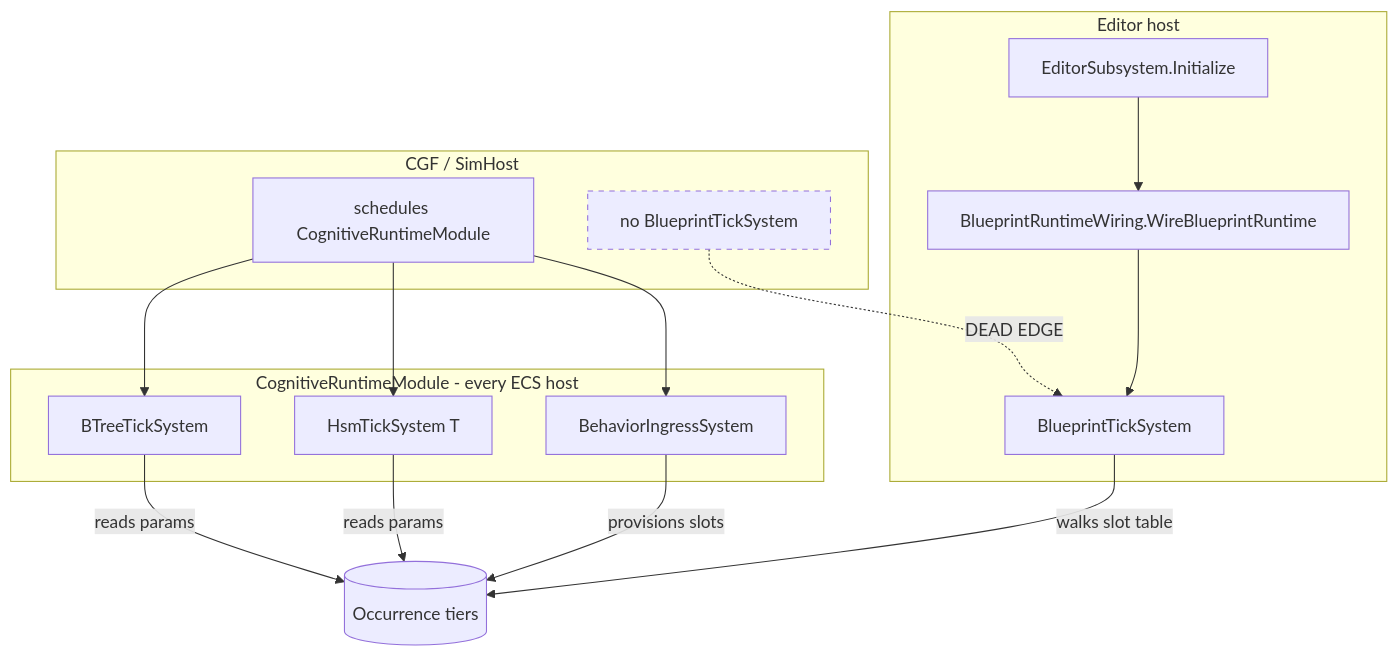
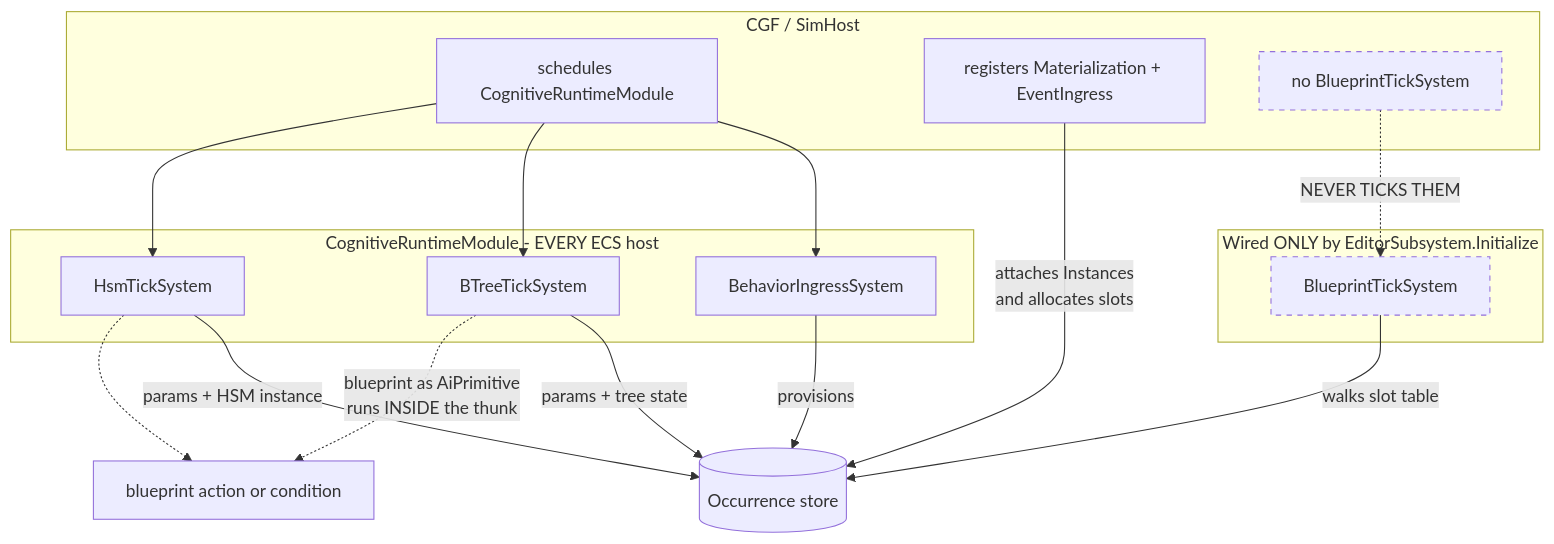
Before and after one commit to pjanec/HROT: the second of 3 diagrams in docs/blueprints/DESIGN_Occurrence_Scoped_Storage.md, drawn with Mermaid. The commit also changed other lines of this file and 12 other files, not shown here.

````diff
--- a/docs/blueprints/DESIGN_Occurrence_Scoped_Storage.md
+++ b/docs/blueprints/DESIGN_Occurrence_Scoped_Storage.md
@@ -137,29 +172,33 @@
 ```mermaid
 graph TD
-    subgraph Editor["Editor host"]
-        E1[EditorSubsystem.Initialize] --> E2[BlueprintRuntimeWiring.WireBlueprintRuntime]
-        E2 --> E3[BlueprintTickSystem]
+    subgraph Every["CognitiveRuntimeModule - EVERY ECS host"]
+        C3[BehaviorIngressSystem]
+        C1[BTreeTickSystem]
+        C2[HsmTickSystem]
     end
-    subgraph Cognitive["CognitiveRuntimeModule - every ECS host"]
-        C1[BTreeTickSystem]
-        C2[HsmTickSystem T]
-        C3[BehaviorIngressSystem]
+    subgraph EditorOnly["Wired ONLY by EditorSubsystem.Initialize"]
+        E3[BlueprintTickSystem]
     end
-    subgraph Hosts["CGF / SimHost"]
+    subgraph CGF["CGF / SimHost"]
         H1[schedules CognitiveRuntimeModule]
-        H2[no BlueprintTickSystem]
+        H2[registers Materialization + EventIngress]
+        H3[no BlueprintTickSystem]
     end
 
+    H1 --> C3
     H1 --> C1
     H1 --> C2
-    H1 --> C3
-    H2 -.DEAD EDGE.-> E3
+    H2 -->|attaches Instances<br/>and allocates slots| T1
+    H3 -.NEVER TICKS THEM.-> E3
 
-    C3 -->|provisions slots| T1[(Occurrence tiers)]
+    C3 -->|provisions| T1[(Occurrence store)]
+    C1 -->|params + tree state| T1
+    C2 -->|params + HSM instance| T1
     E3 -->|walks slot table| T1
-    C1 -->|reads params| T1
-    C2 -->|reads params| T1
+
+    C1 -.->|blueprint as AiPrimitive<br/>runs INSIDE the thunk| BP[blueprint action or condition]
+    C2 -.-> BP
 
     classDef dead stroke-dasharray: 5 5
-    class H2 dead
+    class H3,E3 dead
 ```
````
